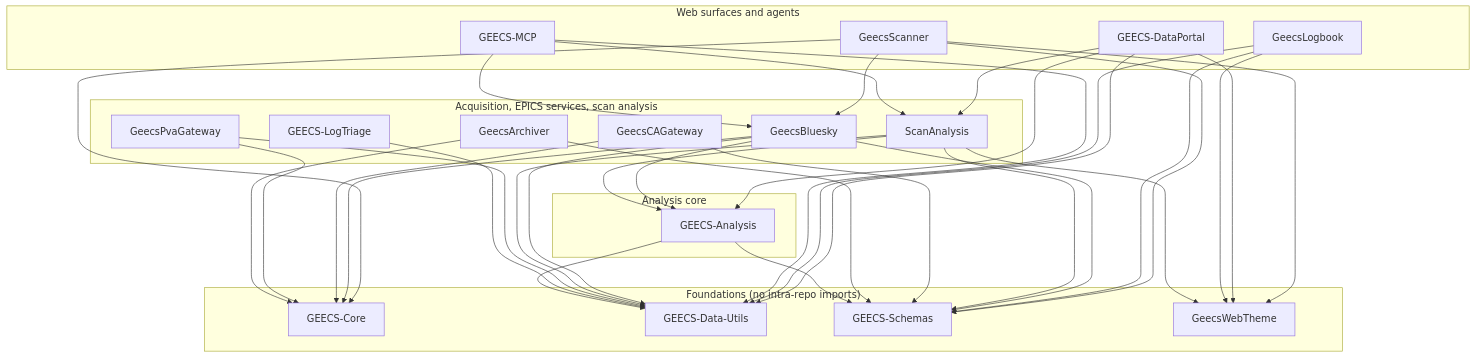
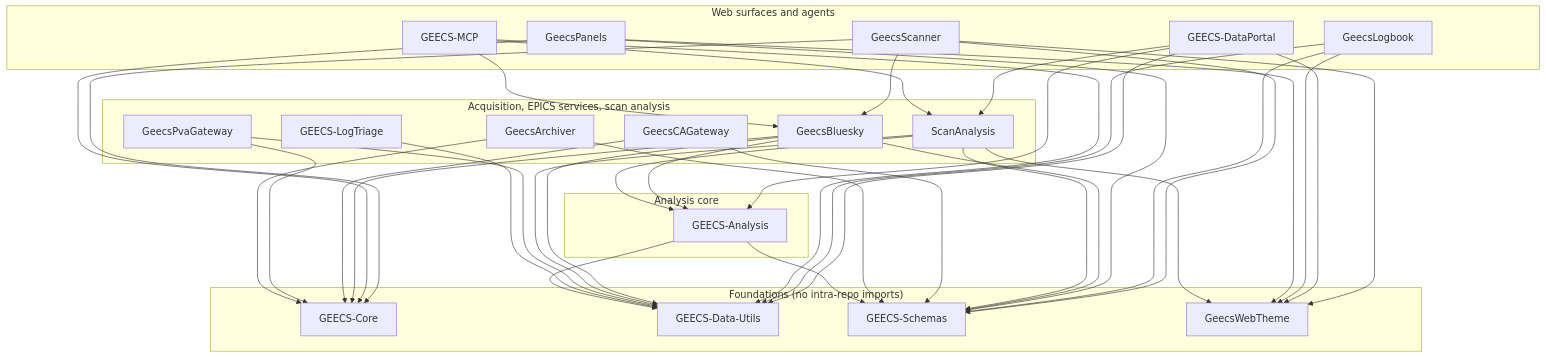
One commit to GEECS-BELLA/GEECS-Plugins changed the diagram in README.md. Above: the diagram before and after it, drawn with Mermaid. The commit also changed other lines of this file and 29 other files, not shown here.

First line of the commit message:
GeecsPanels: prototype device panels — landing page and the read-only camera panel

````diff
--- a/README.md
+++ b/README.md
@@ -45,37 +46,39 @@
 ```mermaid
 graph TD
   subgraph surfaces["Web surfaces and agents"]
     Scanner[GeecsScanner]
     Portal[GEECS-DataPortal]
     Logbook[GeecsLogbook]
+    Panels[GeecsPanels]
     MCP[GEECS-MCP]
   end
   subgraph services["Acquisition, EPICS services, scan analysis"]
     Bluesky[GeecsBluesky]
     ScanAnalysis
     CAGW[GeecsCAGateway]
     PVAGW[GeecsPvaGateway]
     Archiver[GeecsArchiver]
     Triage[GEECS-LogTriage]
   end
   subgraph analysis["Analysis core"]
     Analysis[GEECS-Analysis]
   end
   subgraph foundations["Foundations (no intra-repo imports)"]
     Core[GEECS-Core]
     DataUtils[GEECS-Data-Utils]
     Schemas[GEECS-Schemas]
     Theme[GeecsWebTheme]
   end
   Scanner --> Bluesky & Schemas & Core & Theme
   Portal --> ScanAnalysis & Analysis & DataUtils & Theme
   Logbook --> DataUtils & Schemas & Theme
+  Panels --> Core & Schemas & Theme
   MCP --> Bluesky & ScanAnalysis & DataUtils
   Bluesky --> Analysis & Core & DataUtils & Schemas
   ScanAnalysis --> Analysis & DataUtils & Schemas & Theme
   CAGW --> Core & Schemas
   PVAGW --> Core & DataUtils
   Archiver --> Core & Schemas
   Triage --> DataUtils
   Analysis --> DataUtils & Schemas
 ```
````
